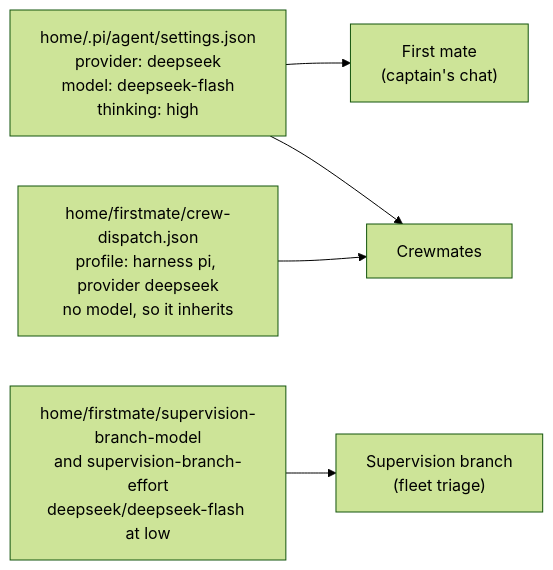
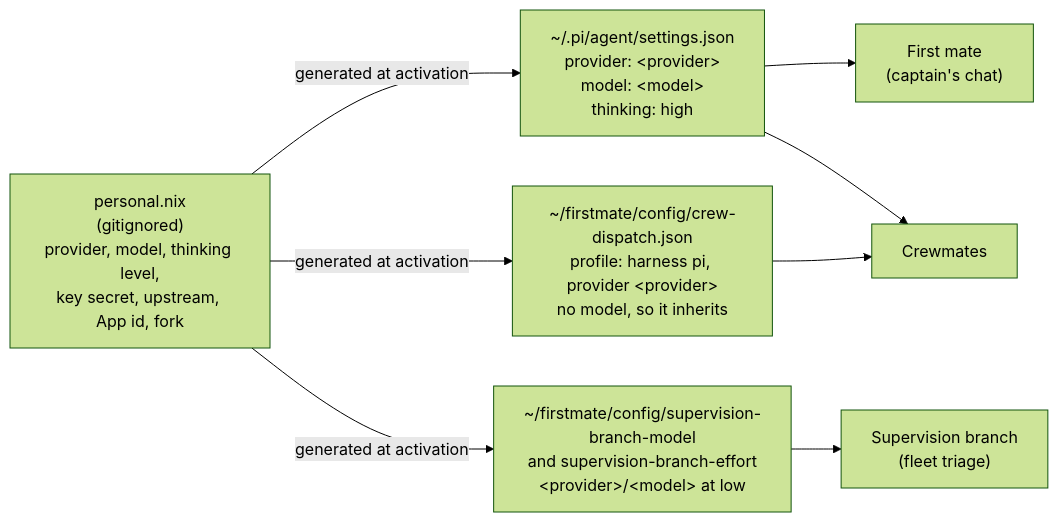
One commit to aditya-sathish-rao/agentic-dev-env changed the sixth of 10 diagrams in README.md. Above: the diagram before and after it, drawn with Mermaid (forest theme). The commit also changed other lines of this file and 18 other files, not shown here.

First line of the commit message:
Add tracked personal.nix loader with generic defaults (#4)

````diff
--- a/README.md
+++ b/README.md
@@ -349,11 +362,15 @@
 ```mermaid
 flowchart LR
-    S["home/.pi/agent/settings.json<br/>provider: deepseek<br/>model: deepseek-flash<br/>thinking: high"]
-    D["home/firstmate/crew-dispatch.json<br/>profile: harness pi, provider deepseek<br/>no model, so it inherits"]
-    SB["home/firstmate/supervision-branch-model<br/>and supervision-branch-effort<br/>deepseek/deepseek-flash at low"]
+    P["personal.nix<br/>(gitignored)<br/>provider, model, thinking level,<br/>key secret, upstream, App id, fork"]
+    S["~/.pi/agent/settings.json<br/>provider: &lt;provider&gt;<br/>model: &lt;model&gt;<br/>thinking: high"]
+    D["~/firstmate/config/crew-dispatch.json<br/>profile: harness pi, provider &lt;provider&gt;<br/>no model, so it inherits"]
+    SB["~/firstmate/config/supervision-branch-model<br/>and supervision-branch-effort<br/>&lt;provider&gt;/&lt;model&gt; at low"]
 
+    P -- "generated at activation" --> S
+    P -- "generated at activation" --> D
+    P -- "generated at activation" --> SB
     S --> FM["First mate<br/>(captain's chat)"]
     S --> CM["Crewmates"]
     D --> CM
     SB --> SUP["Supervision branch<br/>(fleet triage)"]
 ```
````
